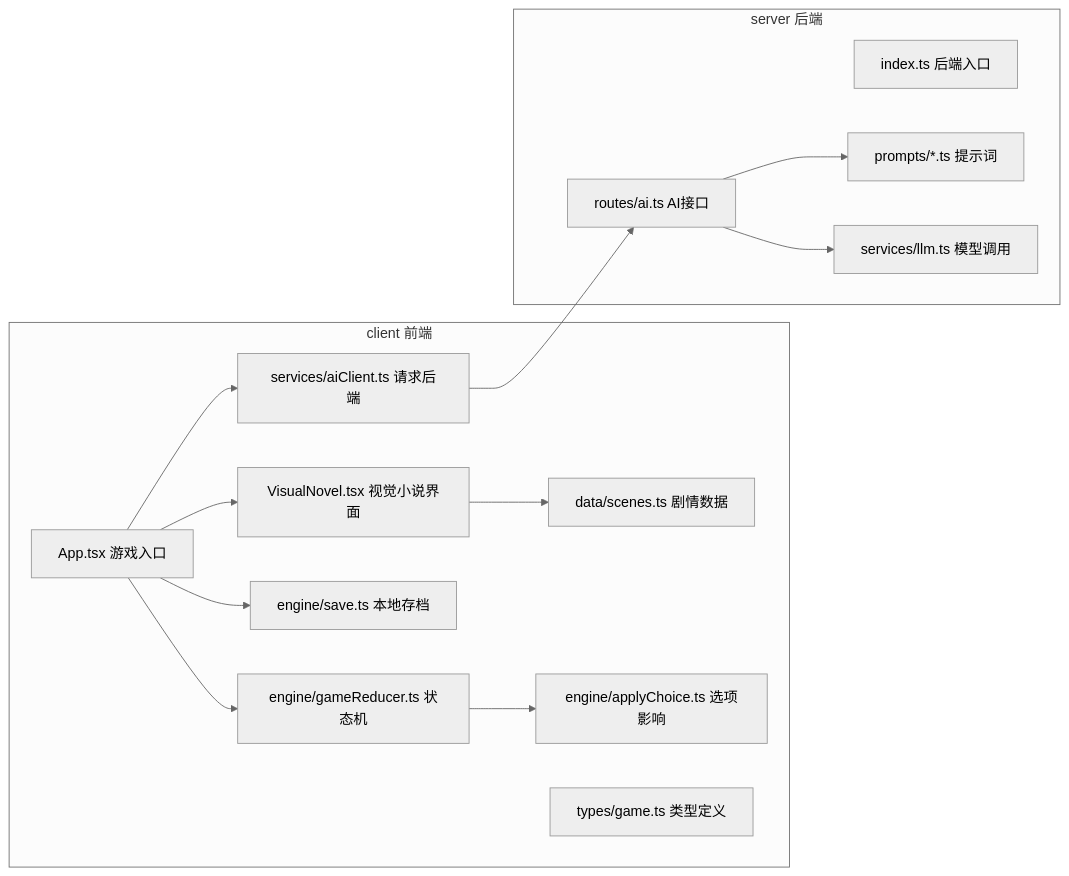
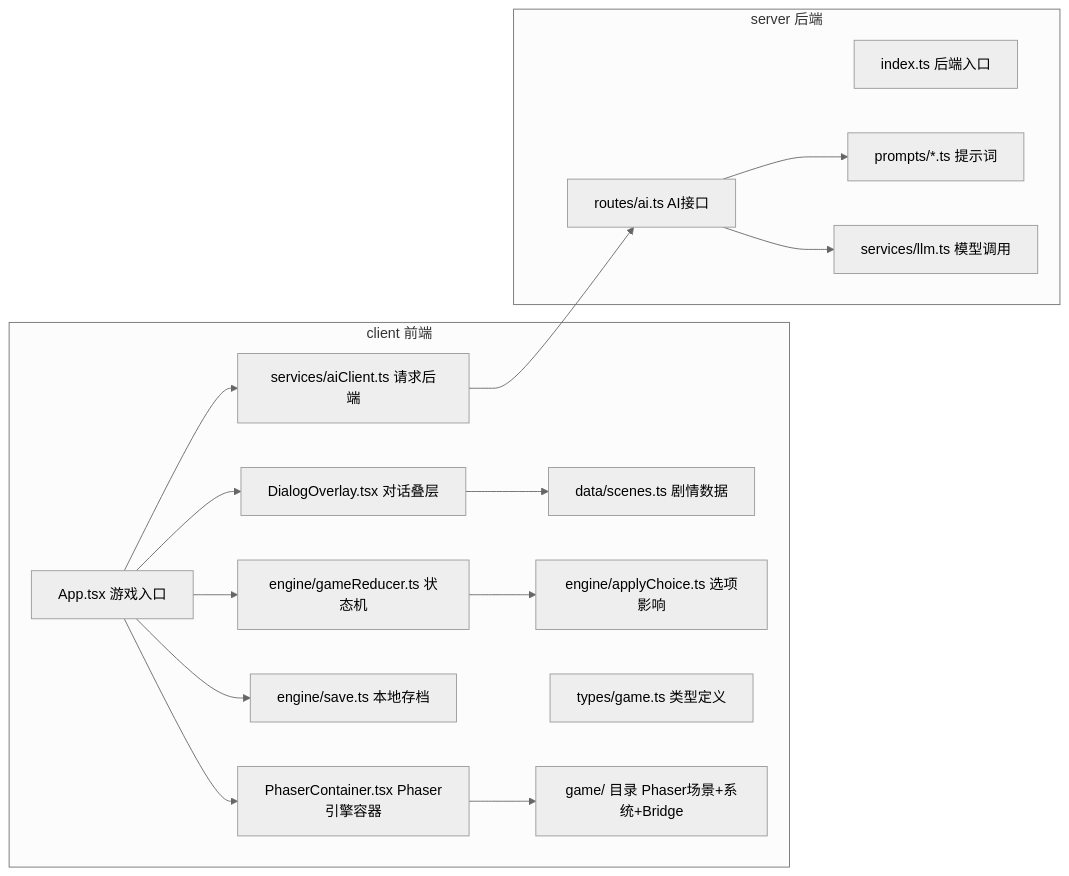
One commit to Spring0602/Happy-Child changed the fourth of 6 diagrams in docs/项目说明.md. Above: the diagram before and after it, drawn with Mermaid (neutral theme). The commit also changed other lines of this file and 123 other files, not shown here.

Commit message:
feat: 集成Phaser地图系统、场景转换、对话组件、剧情选项设计报告及小说原稿

````diff
--- a/docs/项目说明.md
+++ b/docs/项目说明.md
@@ -110,30 +117,34 @@
 ```mermaid
 flowchart LR
     subgraph Client[client 前端]
         App[App.tsx 游戏入口]
-        VN[VisualNovel.tsx 视觉小说界面]
+        Dialog[DialogOverlay.tsx 对话叠层]
+        Phaser[PhaserContainer.tsx Phaser引擎容器]
         Data[data/scenes.ts 剧情数据]
         Engine[engine/gameReducer.ts 状态机]
         Apply[engine/applyChoice.ts 选项影响]
         Save[engine/save.ts 本地存档]
         AIClient[services/aiClient.ts 请求后端]
         Types[types/game.ts 类型定义]
+        GameDir[game/ 目录 Phaser场景+系统+Bridge]
     end
 
     subgraph Server[server 后端]
         Index[index.ts 后端入口]
         Routes[routes/ai.ts AI接口]
         Prompts[prompts/*.ts 提示词]
         LLM[services/llm.ts 模型调用]
     end
 
-    App --> VN
+    App --> Dialog
+    App --> Phaser
     App --> Engine
     App --> Save
     App --> AIClient
-    VN --> Data
+    Dialog --> Data
+    Phaser --> GameDir
     Engine --> Apply
     AIClient --> Routes
     Routes --> Prompts
     Routes --> LLM
 ```
````
